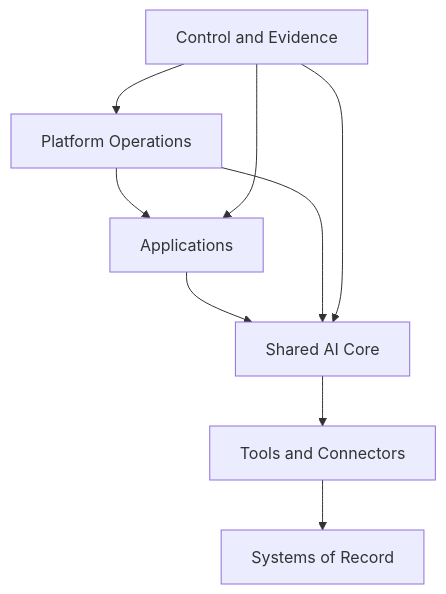
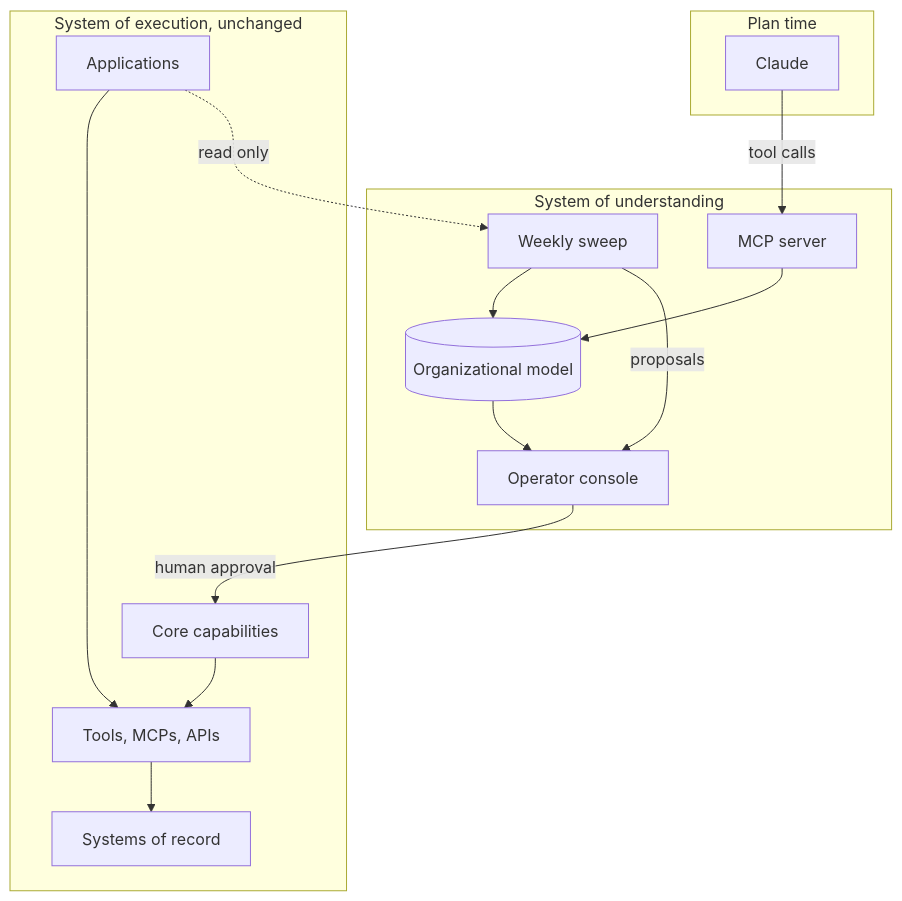
Before and after one commit to alediez2048/capital-factory-ai-systems-blueprint: the diagram in system-design.md, drawn with Mermaid. The commit also changed other lines of this file and 9 other files, not shown here.

First line of the commit message:
docs: rearchitect around an organizational intelligence layer served over MCP

````diff
--- a/system-design.md
+++ b/system-design.md
@@ -20,18 +114,31 @@
 ```mermaid
 flowchart TB
-    A[Applications]
-    B[Shared AI Core]
-    C[Tools and Connectors]
-    D[Systems of Record]
-    E[Platform Operations]
-    F[Control and Evidence]
+    subgraph plan["Plan time"]
+        C[Claude]
+    end
 
-    A --> B
-    B --> C
-    C --> D
-    E --> A
-    E --> B
-    F --> A
-    F --> B
-    F --> E
+    subgraph understanding["System of understanding"]
+        MCP[MCP server]
+        MODEL[(Organizational model)]
+        SWEEP[Weekly sweep]
+        CONSOLE[Operator console]
+    end
+
+    subgraph execution["System of execution, unchanged"]
+        APP[Applications]
+        CORE[Core capabilities]
+        TOOLS[Tools, MCPs, APIs]
+        SOR[Systems of record]
+    end
+
+    C -->|tool calls| MCP
+    MCP --> MODEL
+    APP --> TOOLS
+    CORE --> TOOLS
+    TOOLS --> SOR
+    APP -.read only.-> SWEEP
+    SWEEP --> MODEL
+    SWEEP -->|proposals| CONSOLE
+    MODEL --> CONSOLE
+    CONSOLE -->|human approval| CORE
 ```
````
